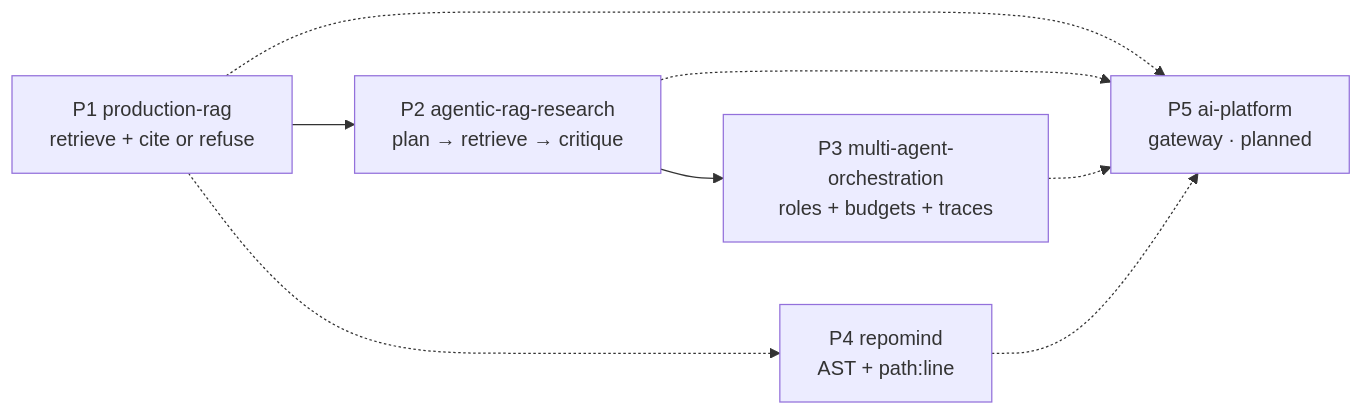
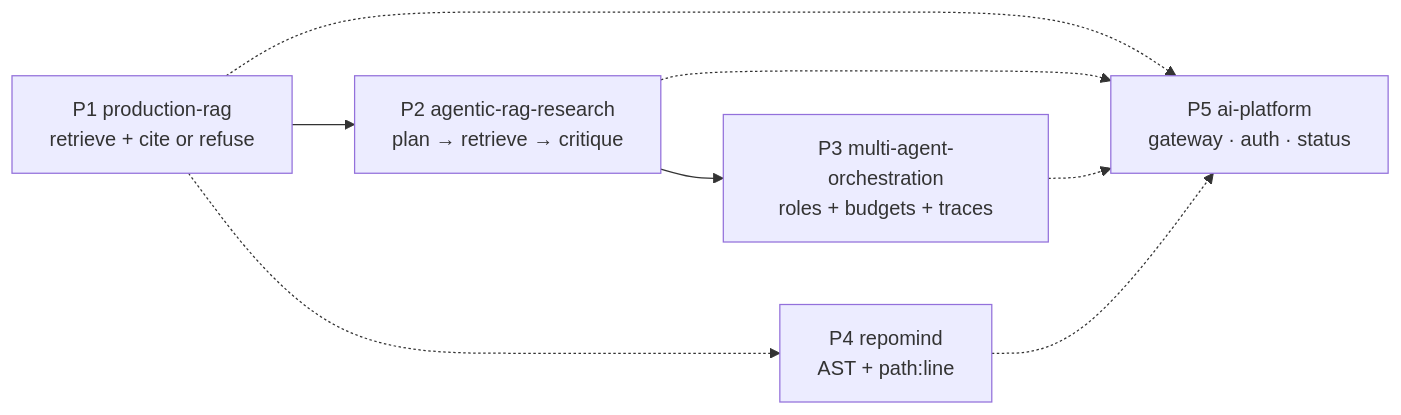
The diagram in README.md (pabloalvarez99/pabloalvarez99), drawn with Mermaid before and after one commit. The commit also changed other lines of this file, not shown here.

````diff
--- a/README.md
+++ b/README.md
@@ -63,14 +64,14 @@
 ```mermaid
 flowchart LR
   P1["P1 production-rag<br/>retrieve + cite or refuse"]
   P2["P2 agentic-rag-research<br/>plan → retrieve → critique"]
   P3["P3 multi-agent-orchestration<br/>roles + budgets + traces"]
   P4["P4 repomind<br/>AST + path:line"]
-  P5["P5 ai-platform<br/>gateway · planned"]
+  P5["P5 ai-platform<br/>gateway · auth · status"]
   P1 --> P2 --> P3
   P1 -.-> P4
   P1 -.-> P5
   P2 -.-> P5
   P3 -.-> P5
   P4 -.-> P5
 ```
````
